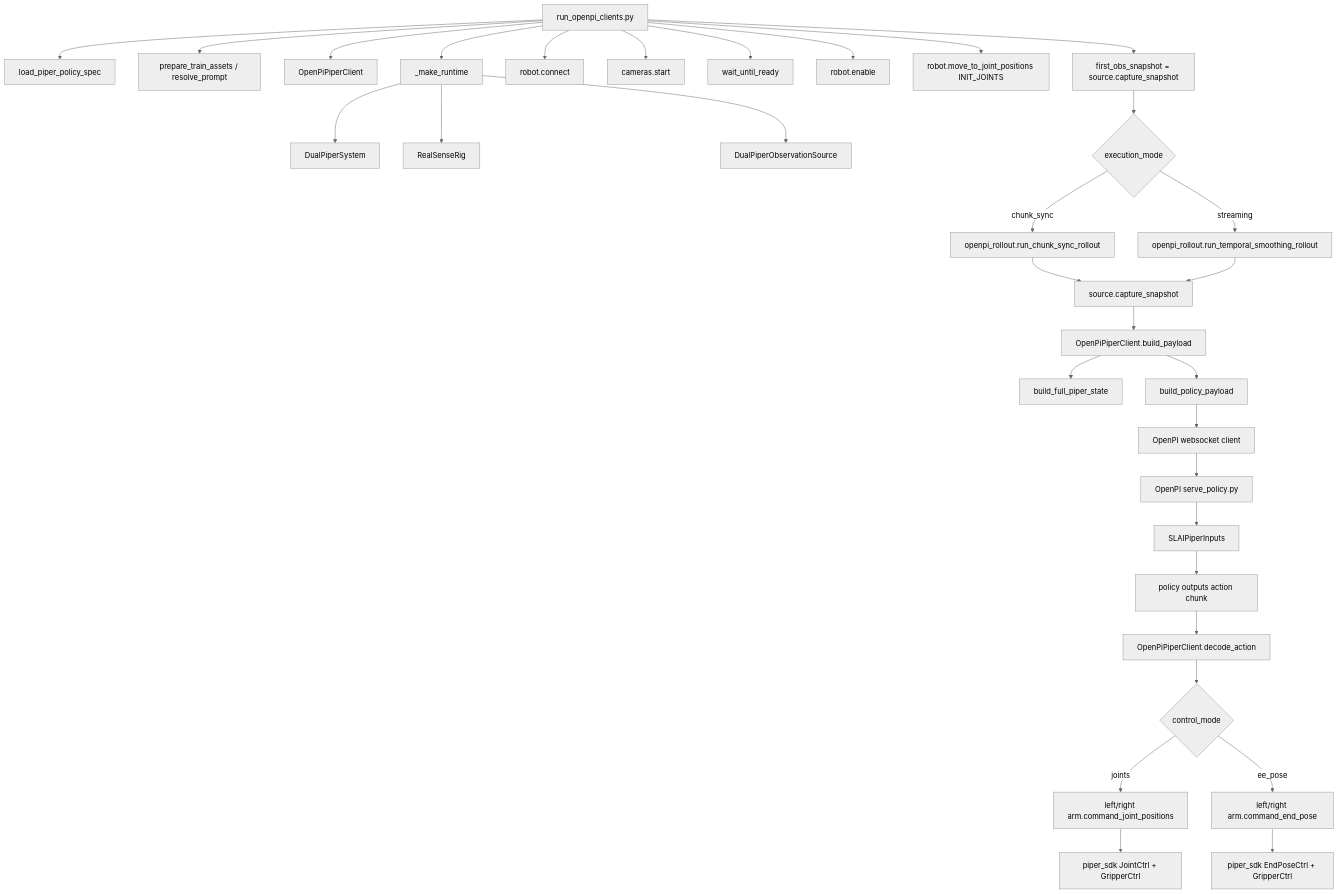
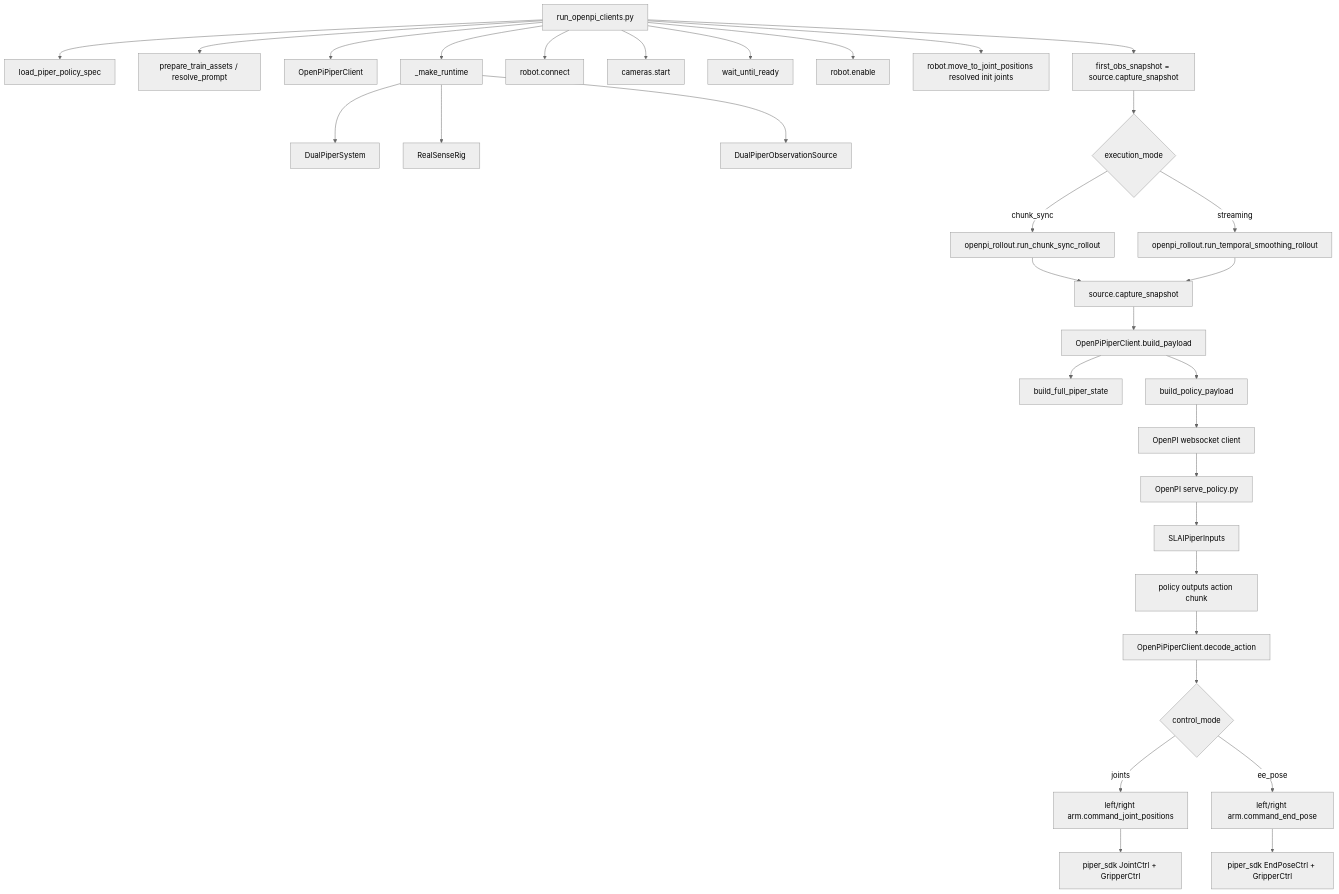
One commit to ZhaoRunyi/challenge_deploy changed the second of 5 diagrams in docs/deploy_call_chain.md. Above: the diagram before and after it, drawn with Mermaid (neutral theme). The commit also changed other lines of this file and 25 other files, not shown here.

````diff
--- a/docs/deploy_call_chain.md
+++ b/docs/deploy_call_chain.md
@@ -61,40 +61,40 @@
 ```mermaid
 flowchart TD
     A[run_openpi_clients.py] --> A1[load_piper_policy_spec]
     A --> A2[prepare_train_assets / resolve_prompt]
     A --> A3[OpenPiPiperClient]
     A --> A4[_make_runtime]
 
     A4 --> A5[DualPiperSystem]
     A4 --> A6[RealSenseRig]
     A4 --> A7[DualPiperObservationSource]
 
     A --> A8[robot.connect]
     A --> A9[cameras.start]
     A --> A10[wait_until_ready]
     A --> A11[robot.enable]
-    A --> A12[robot.move_to_joint_positions INIT_JOINTS]
+    A --> A12[robot.move_to_joint_positions resolved init joints]
     A --> A13[first_obs_snapshot = source.capture_snapshot]
 
     A13 --> A14{execution_mode}
     A14 -->|chunk_sync| A15[openpi_rollout.run_chunk_sync_rollout]
     A14 -->|streaming| A16[openpi_rollout.run_temporal_smoothing_rollout]
 
     A15 --> A17[source.capture_snapshot]
     A16 --> A17
     A17 --> A18[OpenPiPiperClient.build_payload]
     A18 --> A19[build_full_piper_state]
     A18 --> A20[build_policy_payload]
     A20 --> A21[OpenPI websocket client]
     A21 --> A22[OpenPI serve_policy.py]
     A22 --> A23[SLAIPiperInputs]
     A23 --> A24[policy outputs action chunk]
 
     A24 --> A25[OpenPiPiperClient.decode_action]
     A25 --> A26{control_mode}
     A26 -->|joints| A27[left/right arm.command_joint_positions]
     A26 -->|ee_pose| A28[left/right arm.command_end_pose]
 
     A27 --> A29[piper_sdk JointCtrl + GripperCtrl]
     A28 --> A30[piper_sdk EndPoseCtrl + GripperCtrl]
 ```
````
